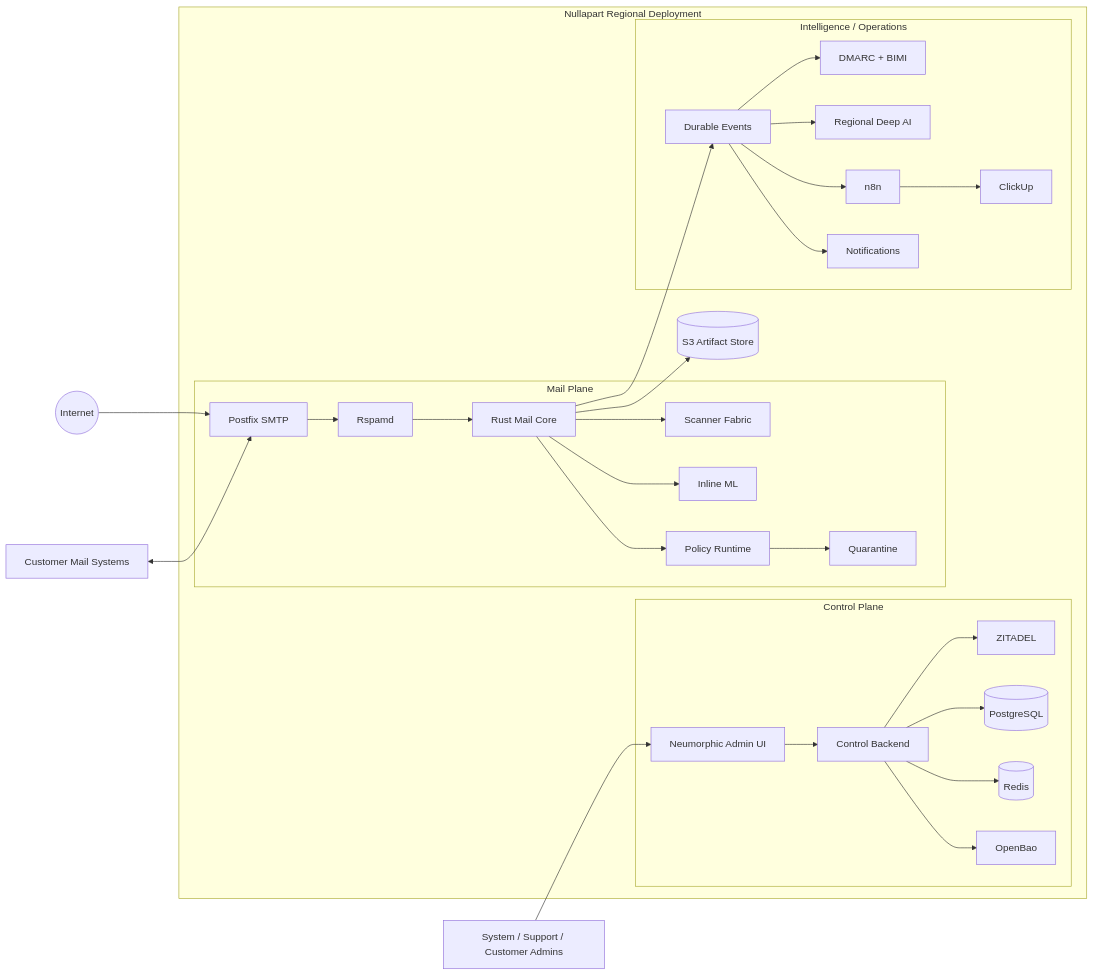
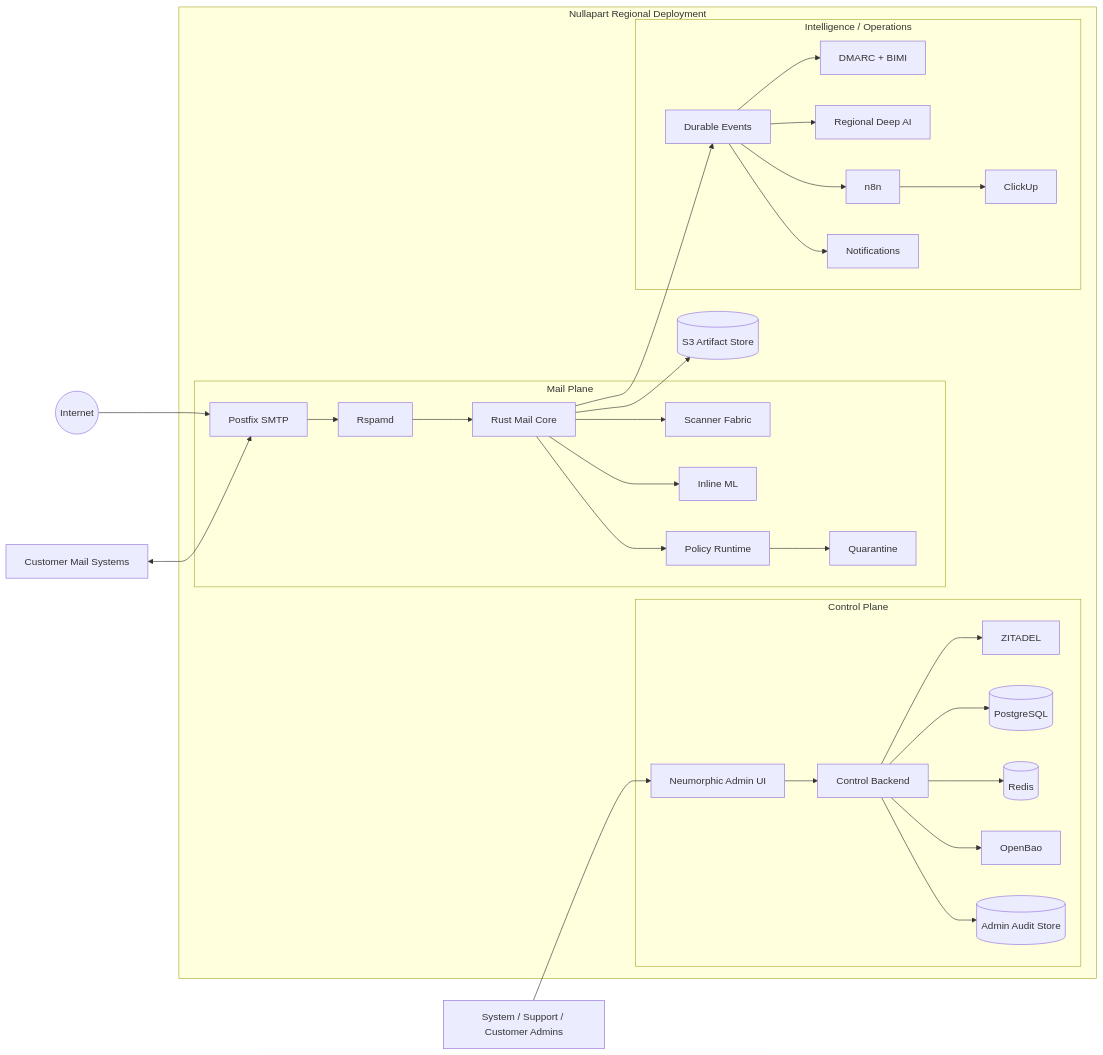
Before and after one commit to Oba-SEG/Nullapart: the diagram in docs/diagrams/00-system-context.mmd, drawn with Mermaid.

Commit message:
docs: add admin audit store to system context

```diff
--- a/docs/diagrams/00-system-context.mmd
+++ b/docs/diagrams/00-system-context.mmd
@@ -1,57 +1,59 @@
 flowchart LR
     Internet((Internet))
     CustomerMail[Customer Mail Systems]
     Admins[System / Support / Customer Admins]
 
     subgraph Deployment["Nullapart Regional Deployment"]
         subgraph MailPlane["Mail Plane"]
             Postfix[Postfix SMTP]
             Rspamd[Rspamd]
             MailCore[Rust Mail Core]
             Scanners[Scanner Fabric]
             InlineML[Inline ML]
             Policy[Policy Runtime]
             Quarantine[Quarantine]
         end
 
         subgraph ControlPlane["Control Plane"]
             UI[Neumorphic Admin UI]
             Control[Control Backend]
             Identity[ZITADEL]
             Config[(PostgreSQL)]
             Cache[(Redis)]
             Secrets[OpenBao]
+            Audit[(Admin Audit Store)]
         end
 
         subgraph Intelligence["Intelligence / Operations"]
             DMARC[DMARC + BIMI]
             DeepAI[Regional Deep AI]
             Events[Durable Events]
             N8N[n8n]
             ClickUp[ClickUp]
             Notify[Notifications]
         end
 
         Artifacts[(S3 Artifact Store)]
     end
 
     Internet --> Postfix
     CustomerMail <--> Postfix
     Postfix --> Rspamd --> MailCore
     MailCore --> Scanners
     MailCore --> InlineML
     MailCore --> Policy
     Policy --> Quarantine
     MailCore --> Artifacts
 
     Admins --> UI --> Control
     Control --> Identity
     Control --> Config
     Control --> Cache
     Control --> Secrets
+    Control --> Audit
 
     MailCore --> Events
     Events --> DMARC
     Events --> DeepAI
     Events --> N8N --> ClickUp
     Events --> Notify
```
